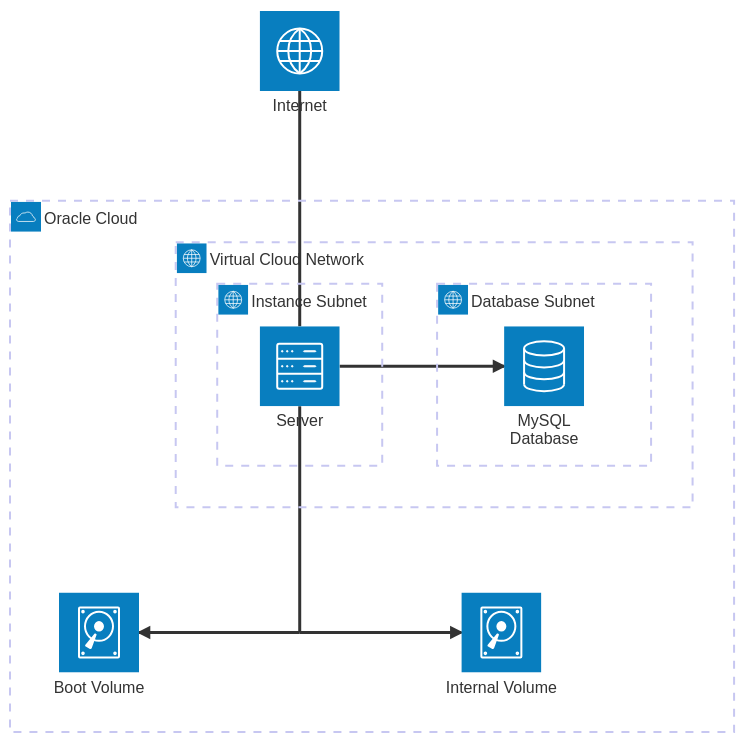
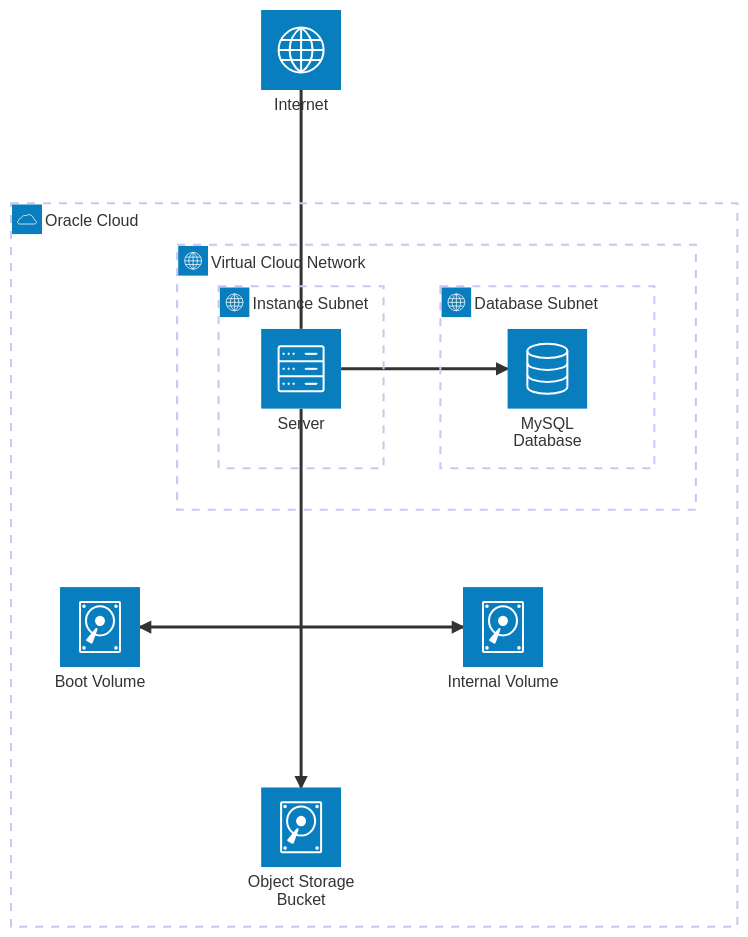
The diagram in README.md (jeremy-code/server), drawn with Mermaid before and after one commit. The commit also changed other lines of this file, not shown here.

````diff
--- a/README.md
+++ b/README.md
@@ -21,21 +30,23 @@
 ```mermaid
 architecture-beta
     group oracleCloud(cloud)[Oracle Cloud]
     group vcn(internet)[Virtual Cloud Network] in oracleCloud
     group instanceSubnet(internet)[Instance Subnet] in vcn
     group dbSubnet(internet)[Database Subnet] in vcn
 
     service server(server)[Server] in instanceSubnet
     service disk1(disk)[Boot Volume] in oracleCloud
     service disk2(disk)[Internal Volume] in oracleCloud
+    service bucket(disk)[Object Storage Bucket] in oracleCloud
     service db(database)[MySQL Database] in dbSubnet
     service internet(internet)[Internet]
 
-    junction diskJunction in oracleCloud
+    junction storageJunction in oracleCloud
 
-    diskJunction:T -- B:server
-    diskJunction:L --> R:disk1
-    diskJunction:R --> L:disk2
+    storageJunction:T -- B:server
+    storageJunction:L --> R:disk1
+    storageJunction:R --> L:disk2
+    storageJunction:B --> T:bucket
     server:R --> L:db
     internet:B -- T:server
 ```
````
